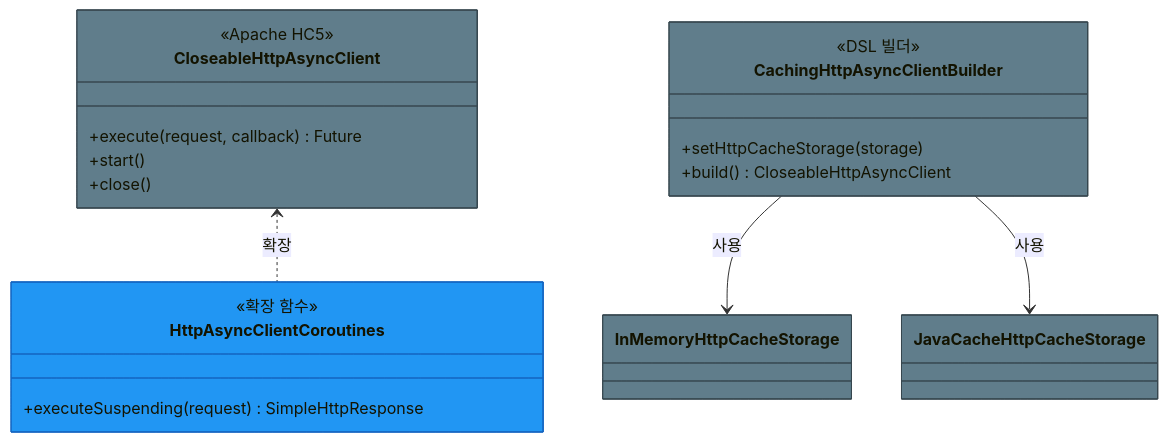
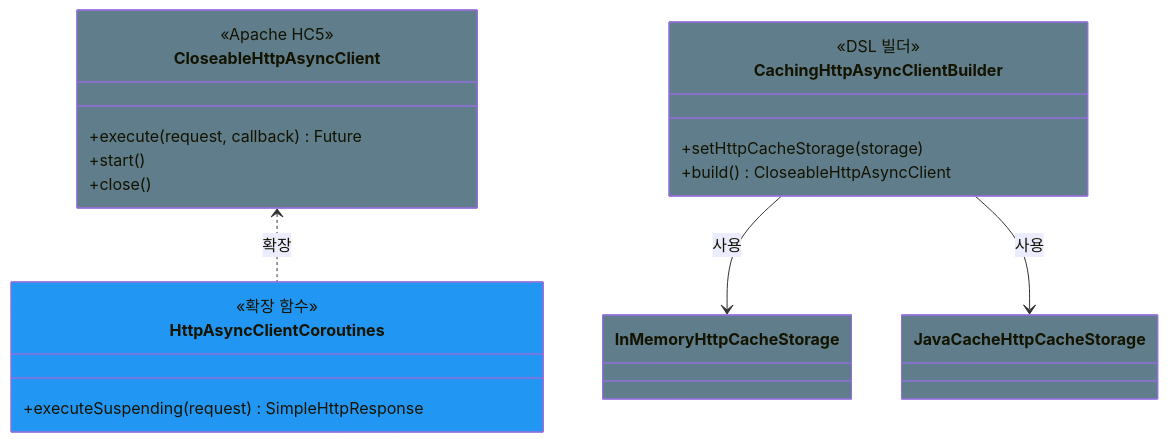
The first of 3 diagrams in io/http/README.md (bluetape4k/bluetape4k-projects), drawn with Mermaid before and after one commit. The commit also changed other lines of this file and 94 other files, not shown here.

First line of the commit message:
docs: Mermaid classDef에서 stroke:#색상 제거 (파서 오류 수정)

````diff
--- a/io/http/README.md
+++ b/io/http/README.md
@@ -183,30 +183,30 @@
 ```mermaid
 classDiagram
     class CloseableHttpAsyncClient:::infraStyle {
         <<Apache HC5>>
         +execute(request, callback) Future
         +start()
         +close()
     }
 
     class HttpAsyncClientCoroutines:::clientStyle {
         <<확장 함수>>
         +executeSuspending(request) SimpleHttpResponse
     }
 
     class CachingHttpAsyncClientBuilder:::infraStyle {
         <<DSL 빌더>>
         +setHttpCacheStorage(storage)
         +build() CloseableHttpAsyncClient
     }
 
     class InMemoryHttpCacheStorage:::infraStyle
     class JavaCacheHttpCacheStorage:::infraStyle
 
     CachingHttpAsyncClientBuilder --> InMemoryHttpCacheStorage : 사용
     CachingHttpAsyncClientBuilder --> JavaCacheHttpCacheStorage : 사용
     CloseableHttpAsyncClient <.. HttpAsyncClientCoroutines : 확장
 
-    classDef clientStyle fill:#2196F3,stroke:#1565C0
-    classDef infraStyle  fill:#607D8B,stroke:#37474F
+    classDef clientStyle fill:#2196F3
+    classDef infraStyle  fill:#607D8B
 ```
````
